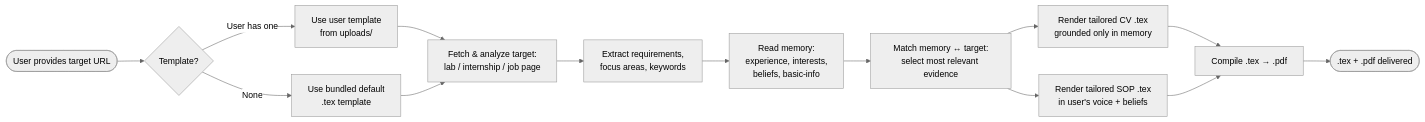
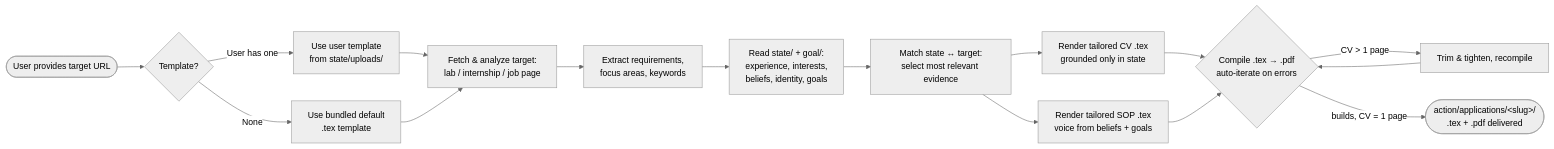
One commit to junggyubae/career-planner changed the sixth of 7 diagrams in .jg/prd-career-planner-card.md. Above: the diagram before and after it, drawn with Mermaid (neutral theme). The commit also changed other lines of this file, not shown here.

Commit message:
docs: update PRD §4/§6 diagrams to state/goal/action; reflect verifier + PDF-iterate + 1-page

````diff
--- a/.jg/prd-career-planner-card.md
+++ b/.jg/prd-career-planner-card.md
@@ -215,16 +217,18 @@
 ```mermaid
 flowchart LR
     S([User provides target URL]) --> T{Template?}
-    T -->|User has one| Tu[Use user template<br/>from uploads/]
+    T -->|User has one| Tu[Use user template<br/>from state/uploads/]
     T -->|None| Td[Use bundled default<br/>.tex template]
     Tu --> A1
     Td --> A1
     A1[Fetch & analyze target:<br/>lab / internship / job page] --> A2[Extract requirements,<br/>focus areas, keywords]
-    A2 --> A3[Read memory:<br/>experience, interests,<br/>beliefs, basic-info]
-    A3 --> A4[Match memory ↔ target:<br/>select most relevant evidence]
-    A4 --> A5[Render tailored CV .tex<br/>grounded only in memory]
-    A4 --> A6[Render tailored SOP .tex<br/>in user's voice + beliefs]
-    A5 --> C[Compile .tex → .pdf]
+    A2 --> A3[Read state/ + goal/:<br/>experience, interests,<br/>beliefs, identity, goals]
+    A3 --> A4[Match state ↔ target:<br/>select most relevant evidence]
+    A4 --> A5[Render tailored CV .tex<br/>grounded only in state]
+    A4 --> A6[Render tailored SOP .tex<br/>voice from beliefs + goals]
+    A5 --> C{Compile .tex → .pdf<br/>auto-iterate on errors}
     A6 --> C
-    C --> Out([.tex + .pdf delivered])
+    C -->|CV > 1 page| Trim[Trim & tighten, recompile]
+    Trim --> C
+    C -->|builds, CV = 1 page| Out([action/applications/&lt;slug&gt;/<br/>.tex + .pdf delivered])
 ```
````
